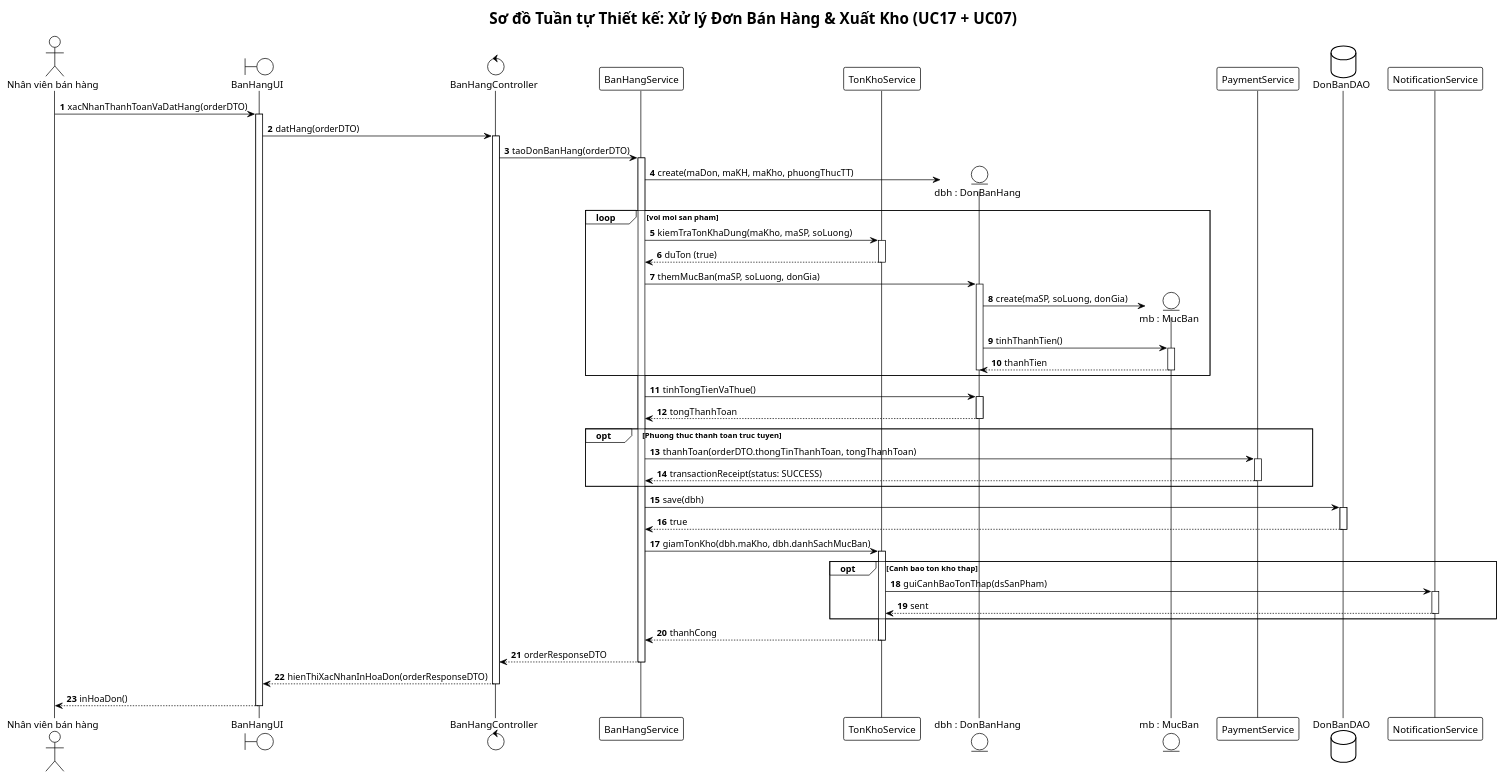
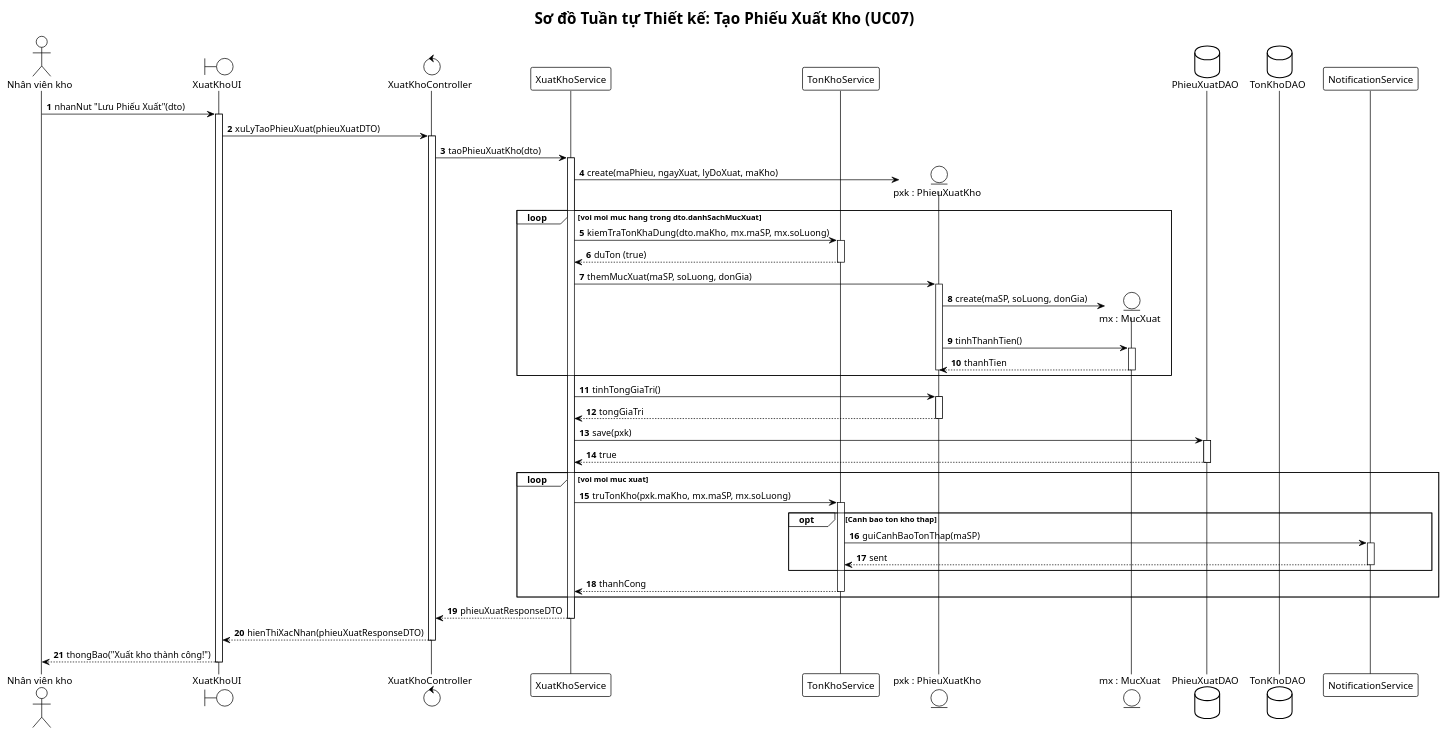
One commit to vuhoabinh2416137/G8_Quanlysanphamvakhohang changed the second of 3 diagrams in BTL-QuanLyKhoHang/plantuml/sequence-diagrams.puml. Above: the diagram before and after it, drawn with PlantUML. The commit also changed other lines of this file and 61 other files, not shown here.

Commit message:
Refactor: Loai bo toan bo nghiep vu ban hang, tap trung chuyen sau Quan ly San pham va Kho hang (BTL IT3120)

```diff
--- a/BTL-QuanLyKhoHang/plantuml/sequence-diagrams.puml
+++ b/BTL-QuanLyKhoHang/plantuml/sequence-diagrams.puml
@@ -89,83 +90,78 @@
-@startuml sequence-ban-hang
+@startuml sequence-xuat-kho
 !theme plain
 autonumber
 skinparam responseMessageBelowArrow true
+skinparam defaultFontName "Arial"
 
-title Sơ đồ Tuần tự Thiết kế: Xử lý Đơn Bán Hàng & Xuất Kho (UC17 + UC07)
+title Sơ đồ Tuần tự Thiết kế: Tạo Phiếu Xuất Kho (UC07)
 
-actor "Nhân viên bán hàng" as NVBH
-boundary "BanHangUI" as UI
-control "BanHangController" as Ctrl
-participant "BanHangService" as Service
+actor "Nhân viên kho" as NV
+boundary "XuatKhoUI" as UI
+control "XuatKhoController" as Ctrl
+participant "XuatKhoService" as Service
 participant "TonKhoService" as TKService
-entity "dbh : DonBanHang" as DBH
-entity "mb : MucBan" as MB
-participant "PaymentService" as PayService
-database "DonBanDAO" as DBDAO
+entity "pxk : PhieuXuatKho" as PXK
+entity "mx : MucXuat" as MX
+database "PhieuXuatDAO" as PXDAO
+database "TonKhoDAO" as TKDAO
 participant "NotificationService" as NotifService
 
-NVBH -> UI: xacNhanThanhToanVaDatHang(orderDTO)
+NV -> UI: nhanNut "Lưu Phiếu Xuất"(dto)
 activate UI
-
-UI -> Ctrl: datHang(orderDTO)
+UI -> Ctrl: xuLyTaoPhieuXuat(phieuXuatDTO)
 activate Ctrl
 
-Ctrl -> Service: taoDonBanHang(orderDTO)
+Ctrl -> Service: taoPhieuXuatKho(dto)
 activate Service
 
-Service -> DBH**: create(maDon, maKH, maKho, phuongThucTT)
+Service -> PXK**: create(maPhieu, ngayXuat, lyDoXuat, maKho)
 
-loop voi moi san pham
-    Service -> TKService: kiemTraTonKhaDung(maKho, maSP, soLuong)
+loop voi moi muc hang trong dto.danhSachMucXuat
+    Service -> TKService: kiemTraTonKhaDung(dto.maKho, mx.maSP, mx.soLuong)
     activate TKService
     TKService --> Service: duTon (true)
     deactivate TKService
-    
-    Service -> DBH: themMucBan(maSP, soLuong, donGia)
-    activate DBH
-    DBH -> MB**: create(maSP, soLuong, donGia)
-    DBH -> MB: tinhThanhTien()
-    activate MB
-    MB --> DBH: thanhTien
-    deactivate MB
-    deactivate DBH
+
+    Service -> PXK: themMucXuat(maSP, soLuong, donGia)
+    activate PXK
+    PXK -> MX**: create(maSP, soLuong, donGia)
+    PXK -> MX: tinhThanhTien()
+    activate MX
+    MX --> PXK: thanhTien
+    deactivate MX
+    deactivate PXK
 end
 
-Service -> DBH: tinhTongTienVaThue()
-activate DBH
-DBH --> Service: tongThanhToan
-deactivate DBH
+Service -> PXK: tinhTongGiaTri()
+activate PXK
+PXK --> Service: tongGiaTri
+deactivate PXK
 
-opt Phuong thuc thanh toan truc tuyen
-    Service -> PayService: thanhToan(orderDTO.thongTinThanhToan, tongThanhToan)
-    activate PayService
-    PayService --> Service: transactionReceipt(status: SUCCESS)
-    deactivate PayService
+Service -> PXDAO: save(pxk)
+activate PXDAO
+PXDAO --> Service: true
+deactivate PXDAO
+
+' Trừ tồn kho
+loop voi moi muc xuat
+    Service -> TKService: truTonKho(pxk.maKho, mx.maSP, mx.soLuong)
+    activate TKService
+    opt Canh bao ton kho thap
+        TKService -> NotifService: guiCanhBaoTonThap(maSP)
+        activate NotifService
+        NotifService --> TKService: sent
+        deactivate NotifService
+    end
+    TKService --> Service: thanhCong
+    deactivate TKService
 end
 
-Service -> DBDAO: save(dbh)
-activate DBDAO
-DBDAO --> Service: true
-deactivate DBDAO
-
-' Trừ tồn kho tạm thời (hoặc xuất kho)
-Service -> TKService: giamTonKho(dbh.maKho, dbh.danhSachMucBan)
-activate TKService
-opt Canh bao ton kho thap
-    TKService -> NotifService: guiCanhBaoTonThap(dsSanPham)
-    activate NotifService
-    NotifService --> TKService: sent
-    deactivate NotifService
-end
-TKService --> Service: thanhCong
-deactivate TKService
-
-Service --> Ctrl: orderResponseDTO
+Service --> Ctrl: phieuXuatResponseDTO
 deactivate Service
 
-Ctrl --> UI: hienThiXacNhanInHoaDon(orderResponseDTO)
+Ctrl --> UI: hienThiXacNhan(phieuXuatResponseDTO)
 deactivate Ctrl
 
-UI --> NVBH: inHoaDon()
+UI --> NV: thongBao("Xuất kho thành công!")
 deactivate UI
 @enduml
```
